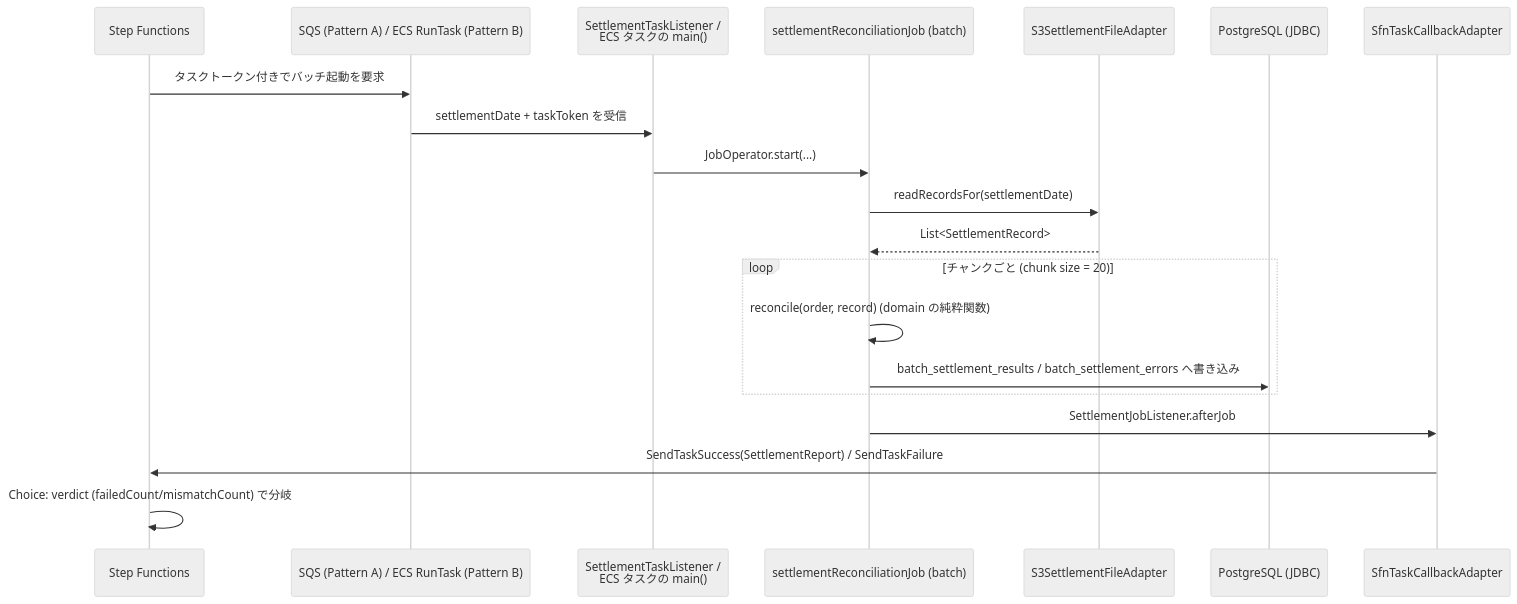
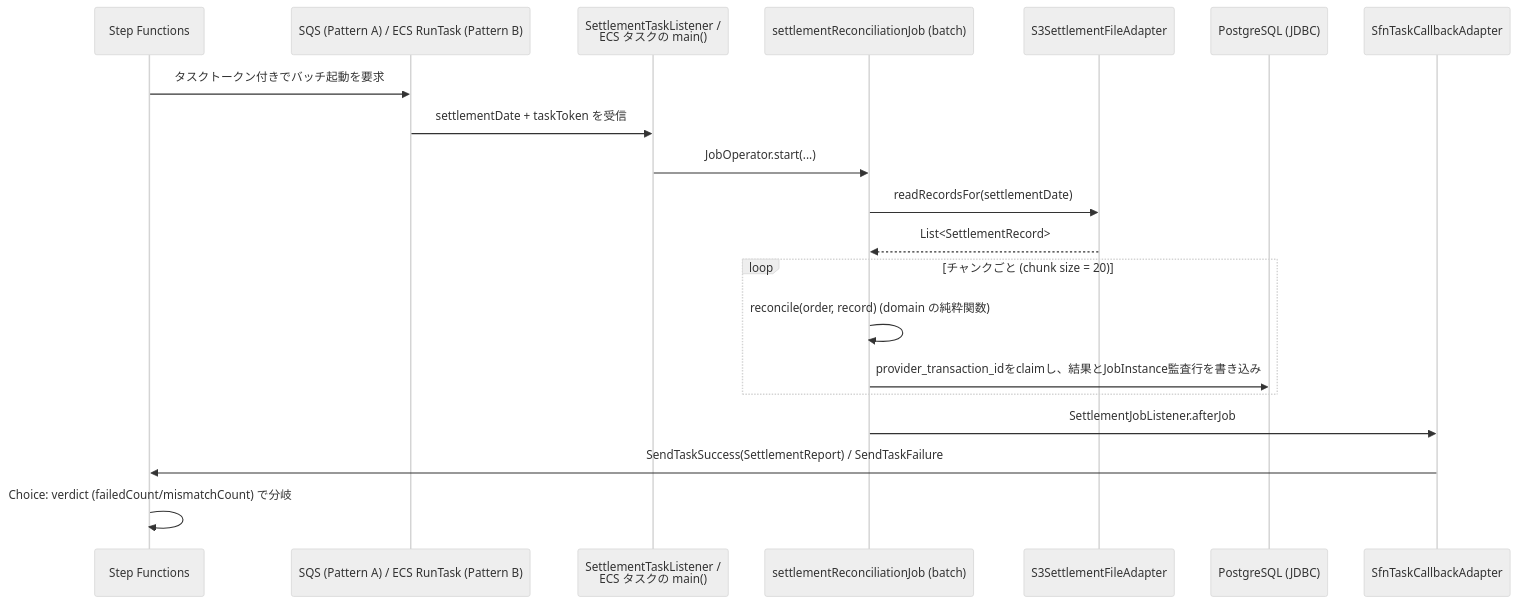
The third of 4 diagrams in docs/architecture.md (Riku-KANO/springboot-template), drawn with Mermaid (neutral theme) before and after one commit. The commit also changed other lines of this file and 45 other files, not shown here.

````diff
--- a/docs/architecture.md
+++ b/docs/architecture.md
@@ -132,23 +138,23 @@
 ```mermaid
 sequenceDiagram
     participant SFN as Step Functions
     participant Trigger as SQS (Pattern A) / ECS RunTask (Pattern B)
     participant Listener as SettlementTaskListener /<br/>ECS タスクの main()
     participant Job as settlementReconciliationJob (batch)
     participant S3 as S3SettlementFileAdapter
     participant DB as PostgreSQL (JDBC)
     participant Callback as SfnTaskCallbackAdapter
 
     SFN->>Trigger: タスクトークン付きでバッチ起動を要求
     Trigger->>Listener: settlementDate + taskToken を受信
     Listener->>Job: JobOperator.start(...)
     Job->>S3: readRecordsFor(settlementDate)
     S3-->>Job: List<SettlementRecord>
     loop チャンクごと (chunk size = 20)
         Job->>Job: reconcile(order, record) (domain の純粋関数)
-        Job->>DB: batch_settlement_results / batch_settlement_errors へ書き込み
+        Job->>DB: provider_transaction_idをclaimし、結果とJobInstance監査行を書き込み
     end
     Job->>Callback: SettlementJobListener.afterJob
     Callback->>SFN: SendTaskSuccess(SettlementReport) / SendTaskFailure
     SFN->>SFN: Choice: verdict (failedCount/mismatchCount) で分岐
 ```
````
